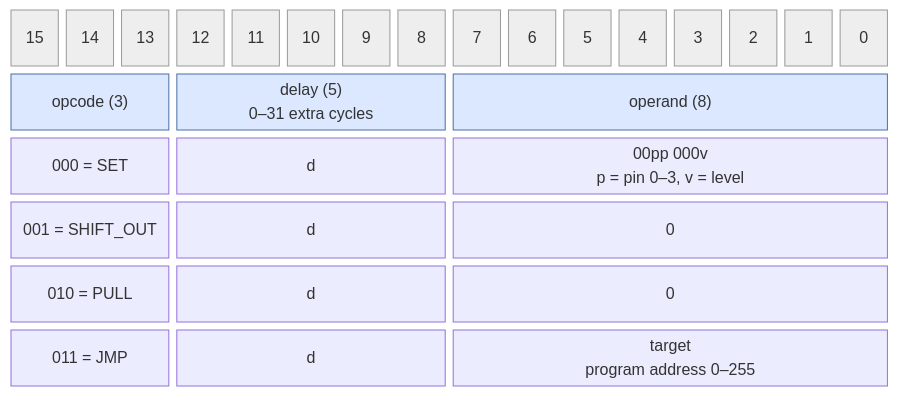
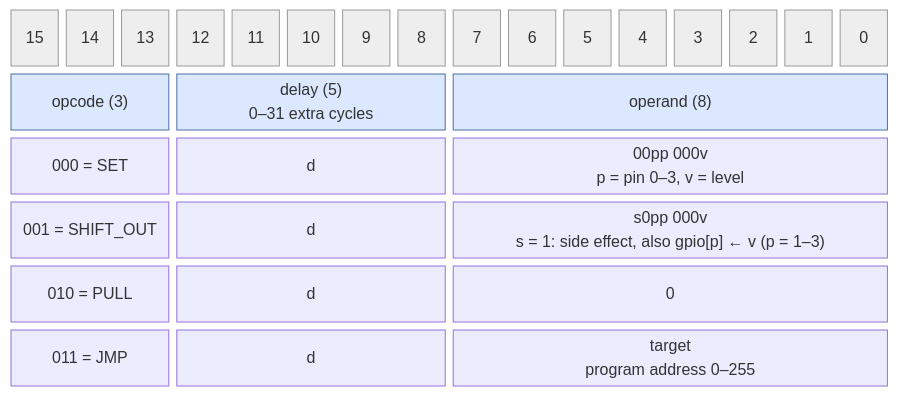
Before and after one commit to cshieldsce/smallcore: the diagram in docs/isa_encoding.mmd, drawn with Mermaid. The commit also changed 9 other files, not shown here.

Commit message:
update diagrams for the shift_out side effect

```diff
--- a/docs/isa_encoding.mmd
+++ b/docs/isa_encoding.mmd
@@ -1,14 +1,14 @@
 block-beta
   columns 16
   b15["15"] b14["14"] b13["13"] b12["12"] b11["11"] b10["10"] b9["9"] b8["8"]
   b7["7"] b6["6"] b5["5"] b4["4"] b3["3"] b2["2"] b1["1"] b0["0"]
   opcode["opcode (3)"]:3 delay["delay (5)<br/>0–31 extra cycles"]:5 operand["operand (8)"]:8
   set["000 = SET"]:3 setd["d"]:5 setop["00pp 000v<br/>p = pin 0–3, v = level"]:8
-  shift["001 = SHIFT_OUT"]:3 shiftd["d"]:5 shiftop["0"]:8
+  shift["001 = SHIFT_OUT"]:3 shiftd["d"]:5 shiftop["s0pp 000v<br/>s = 1: side effect, also gpio[p] ← v (p = 1–3)"]:8
   pull["010 = PULL"]:3 pulld["d"]:5 pullop["0"]:8
   jmp["011 = JMP"]:3 jmpd["d"]:5 jmpop["target<br/>program address 0–255"]:8
 
   classDef hdr fill:#eee,stroke:#999,color:#555
   classDef field fill:#dbe8ff,stroke:#4a6fa5
   class b15,b14,b13,b12,b11,b10,b9,b8,b7,b6,b5,b4,b3,b2,b1,b0 hdr
   class opcode,delay,operand field
```
